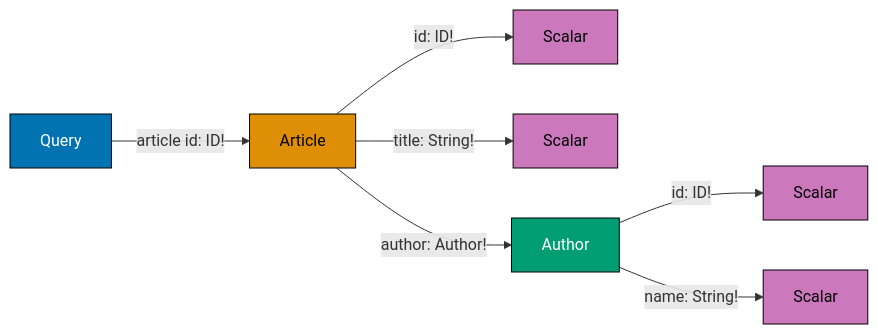
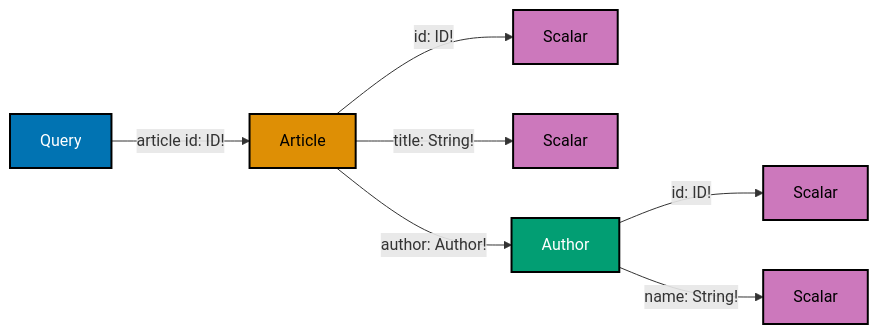
The first of 10 diagrams in apps/ayokoding-www/content/en/learn/courses/api-design/learning/advanced.md (wahidyankf/open-sharia-fintech), drawn with Mermaid before and after one commit. The commit also changed other lines of this file and 6 other files, not shown here.

````diff
--- a/apps/ayokoding-www/content/en/learn/courses/api-design/learning/advanced.md
+++ b/apps/ayokoding-www/content/en/learn/courses/api-design/learning/advanced.md
@@ -33,18 +33,19 @@
 ```mermaid
 %% Color Palette: Blue #0173B2, Orange #DE8F05, Teal #029E73, Purple #CC78BC
 graph LR
     Q[Query] -->|article id: ID!| A[Article]
     A -->|id: ID!| S1[Scalar]
     A -->|title: String!| S2[Scalar]
     A -->|author: Author!| B[Author]
     B -->|id: ID!| S3[Scalar]
     B -->|name: String!| S4[Scalar]
 
-    style Q fill:#0173B2,stroke:#000,color:#fff
-    style A fill:#DE8F05,stroke:#000,color:#000
-    style B fill:#029E73,stroke:#000,color:#fff
-    style S1 fill:#CC78BC,stroke:#000,color:#000
-    style S2 fill:#CC78BC,stroke:#000,color:#000
-    style S3 fill:#CC78BC,stroke:#000,color:#000
-    style S4 fill:#CC78BC,stroke:#000,color:#000
+    classDef blue fill:#0173B2,stroke:#000000,color:#FFFFFF,stroke-width:2px
+    classDef orange fill:#DE8F05,stroke:#000000,color:#000000,stroke-width:2px
+    classDef teal fill:#029E73,stroke:#000000,color:#FFFFFF,stroke-width:2px
+    classDef purple fill:#CC78BC,stroke:#000000,color:#000000,stroke-width:2px
+    class Q blue
+    class A orange
+    class B teal
+    class S1,S2,S3,S4 purple
 ```
````
